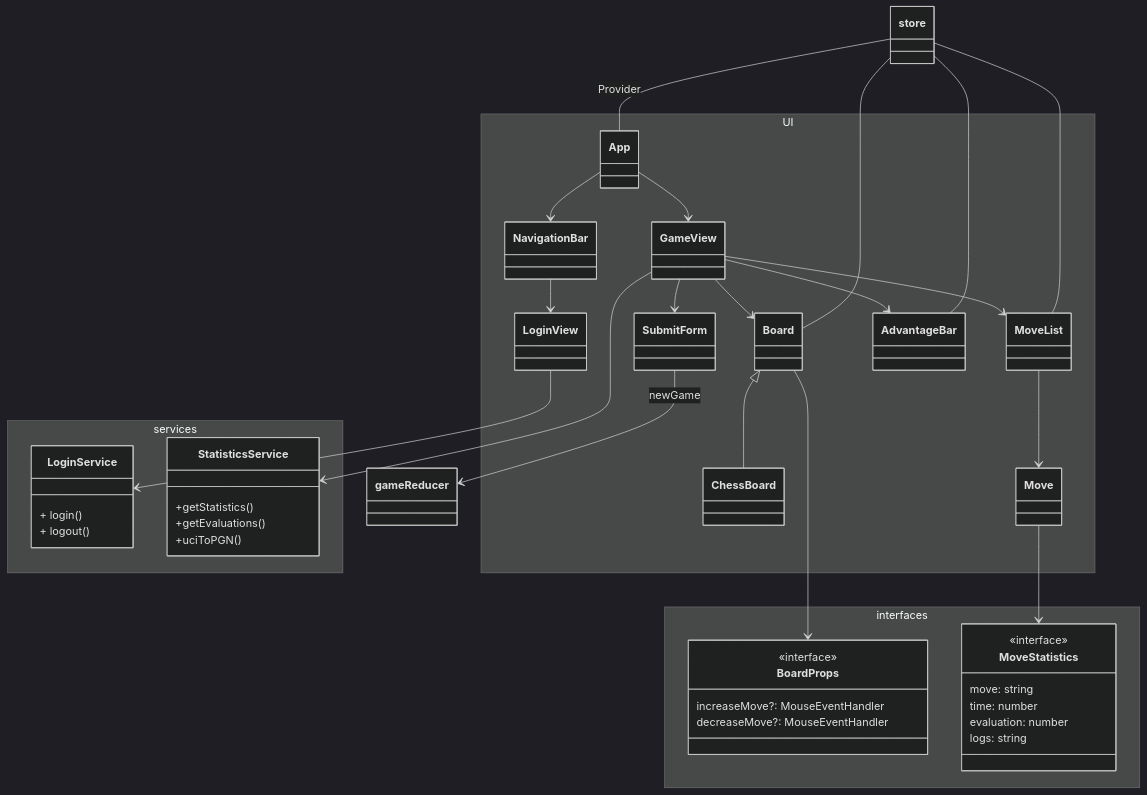
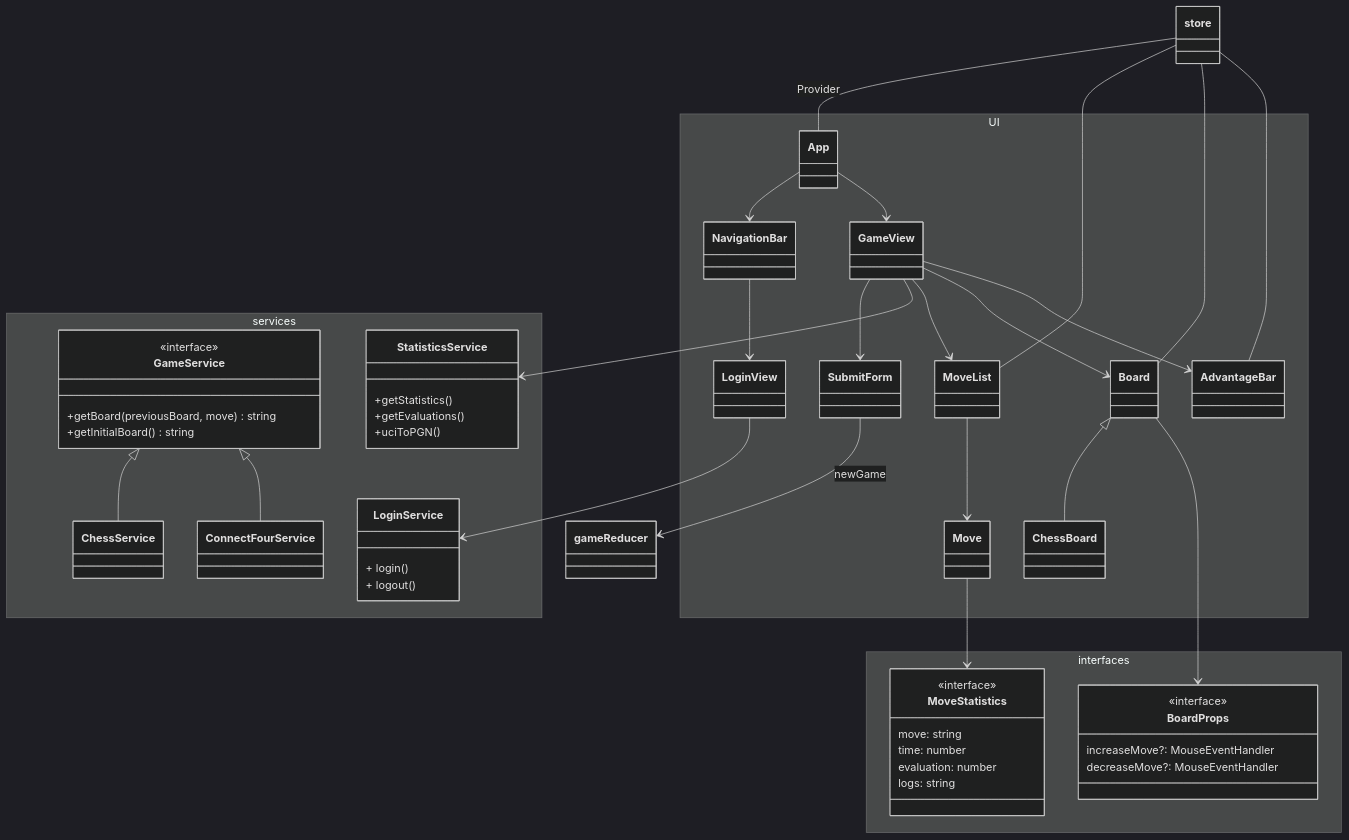
One commit to game-ai-platform-team/tira-ai-platform changed the fourth of 5 diagrams in docs/architecture.md. Above: the diagram before and after it, drawn with Mermaid (dark theme).

Commit message:
docs(#115): Add documentation of GameService

````diff
--- a/docs/architecture.md
+++ b/docs/architecture.md
@@ -186,69 +186,81 @@
 ```mermaid
 classDiagram
 store -- App: Provider
 
 App --> NavigationBar
 App --> GameView
 
 NavigationBar --> LoginView
 LoginView --> LoginService
+
+GameService <|-- ChessService
+GameService <|-- ConnectFourService
 
 GameView --> SubmitForm
 GameView --> StatisticsService
 GameView --> MoveList
 GameView --> Board
 GameView --> AdvantageBar
 
 Board <|-- ChessBoard
 Board --> BoardProps
 
 MoveList --> Move
 Move --> MoveStatistics
 
 SubmitForm --> gameReducer: newGame
 Board -- store
 MoveList -- store
 AdvantageBar -- store
 
 namespace interfaces {
     class MoveStatistics {
     <<interface>>
     move: string
     time: number
     evaluation: number
     logs: string
     }
 
     class BoardProps {
         <<interface>>
         increaseMove?: MouseEventHandler
         decreaseMove?: MouseEventHandler
     }
 }
 
 namespace services {
     class StatisticsService {
         +getStatistics()
         +getEvaluations()
         +uciToPGN()
     }
 
     class LoginService {
         + login()
         + logout()
     }
+
+    class GameService {
+        <<interface>>
+        +getBoard(previousBoard, move) string
+        +getInitialBoard() string
+    }
+
+    class ChessService
+    class ConnectFourService
 }
 
 namespace UI {
     class App
     class NavigationBar
     class GameView
     class SubmitForm
     class AdvantageBar
     class Board
     class ChessBoard
     class Move
     class MoveList
     class LoginView
 }
 ```
````
